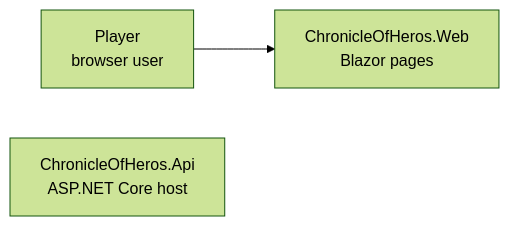
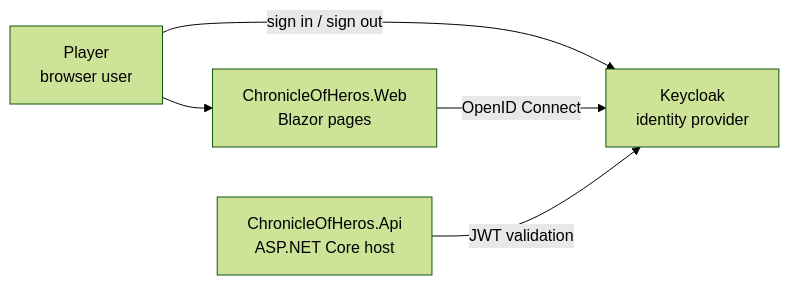
One commit to FlorianAlbert/ChronicleOfHeros changed the diagram in docs/architecture/system/context.md. Above: the diagram before and after it, drawn with Mermaid (forest theme). The commit also changed other lines of this file and 23 other files, not shown here.

First line of the commit message:
Add Keycloak sign-in and sign-out to the Web header

````diff
--- a/docs/architecture/system/context.md
+++ b/docs/architecture/system/context.md
@@ -7,7 +7,11 @@
 ```mermaid
 flowchart LR
     player["Player<br/>browser user"]
     web["ChronicleOfHeros.Web<br/>Blazor pages"]
     api["ChronicleOfHeros.Api<br/>ASP.NET Core host"]
+    keycloak["Keycloak<br/>identity provider"]
     player --> web
+    player -->|"sign in / sign out"| keycloak
+    web -->|"OpenID Connect"| keycloak
+    api -->|"JWT validation"| keycloak
 ```
````
